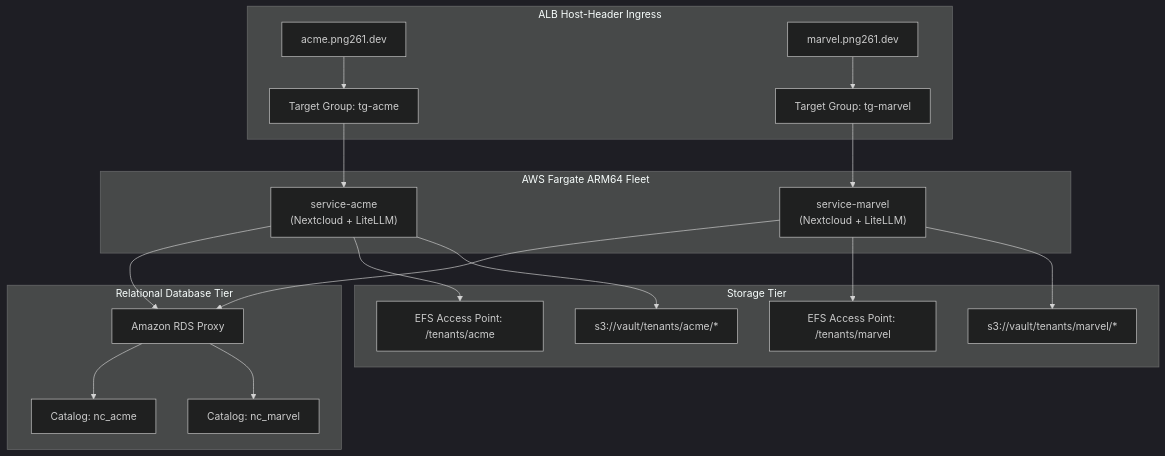
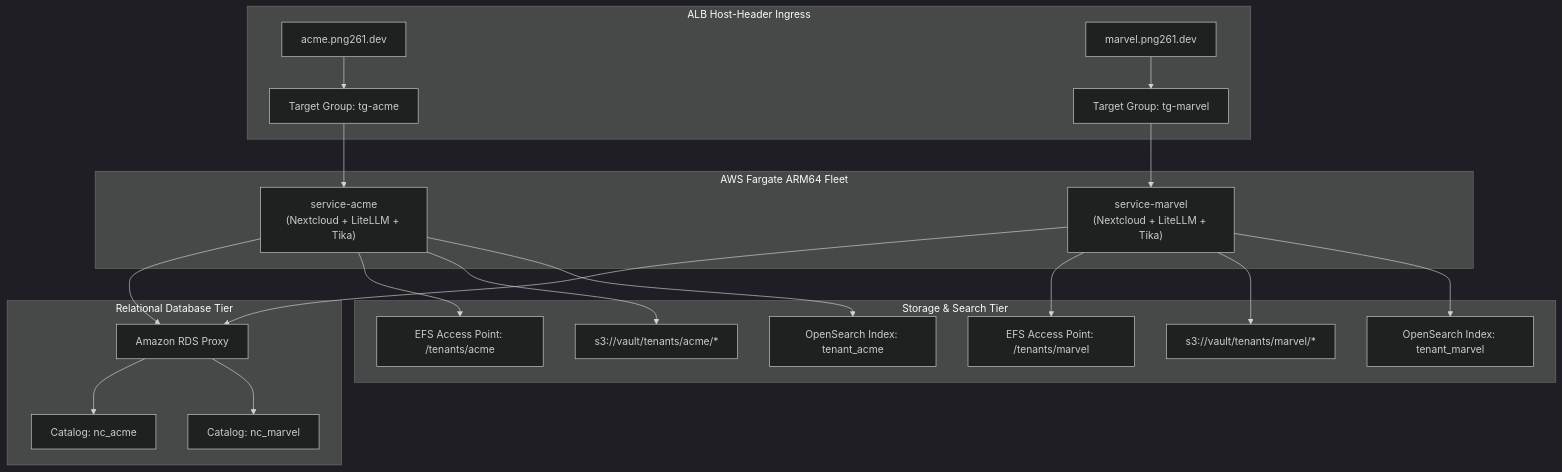
Before and after one commit to FilestoreCloud/docs: the diagram in docs/tenants/isolation-model.mdx, drawn with Mermaid (dark theme). The commit also changed other lines of this file and 165 other files, not shown here.

First line of the commit message:
docs: synchronize platform documentation, latest architecture diagrams, and defense QA

````diff
--- a/docs/tenants/isolation-model.mdx
+++ b/docs/tenants/isolation-model.mdx
@@ -27,26 +34,28 @@
 ```mermaid
 flowchart TD
     subgraph Ingress["ALB Host-Header Ingress"]
         R1["acme.png261.dev"] --> TG1["Target Group: tg-acme"]
         R2["marvel.png261.dev"] --> TG2["Target Group: tg-marvel"]
     end
 
     subgraph Compute["AWS Fargate ARM64 Fleet"]
-        TG1 --> ECS1["service-acme<br/>(Nextcloud + LiteLLM)"]
-        TG2 --> ECS2["service-marvel<br/>(Nextcloud + LiteLLM)"]
+        TG1 --> ECS1["service-acme<br/>(Nextcloud + LiteLLM + Tika)"]
+        TG2 --> ECS2["service-marvel<br/>(Nextcloud + LiteLLM + Tika)"]
     end
 
     subgraph DB["Relational Database Tier"]
         ECS1 --> Proxy["Amazon RDS Proxy"]
         ECS2 --> Proxy
         Proxy --> DB1["Catalog: nc_acme"]
         Proxy --> DB2["Catalog: nc_marvel"]
     end
 
-    subgraph Storage["Storage Tier"]
+    subgraph Storage["Storage & Search Tier"]
         ECS1 --> EFS1["EFS Access Point: /tenants/acme"]
         ECS2 --> EFS2["EFS Access Point: /tenants/marvel"]
         ECS1 --> S3_1["s3://vault/tenants/acme/*"]
         ECS2 --> S3_2["s3://vault/tenants/marvel/*"]
+        ECS1 --> OS1["OpenSearch Index: tenant_acme"]
+        ECS2 --> OS2["OpenSearch Index: tenant_marvel"]
     end
 ```
````
